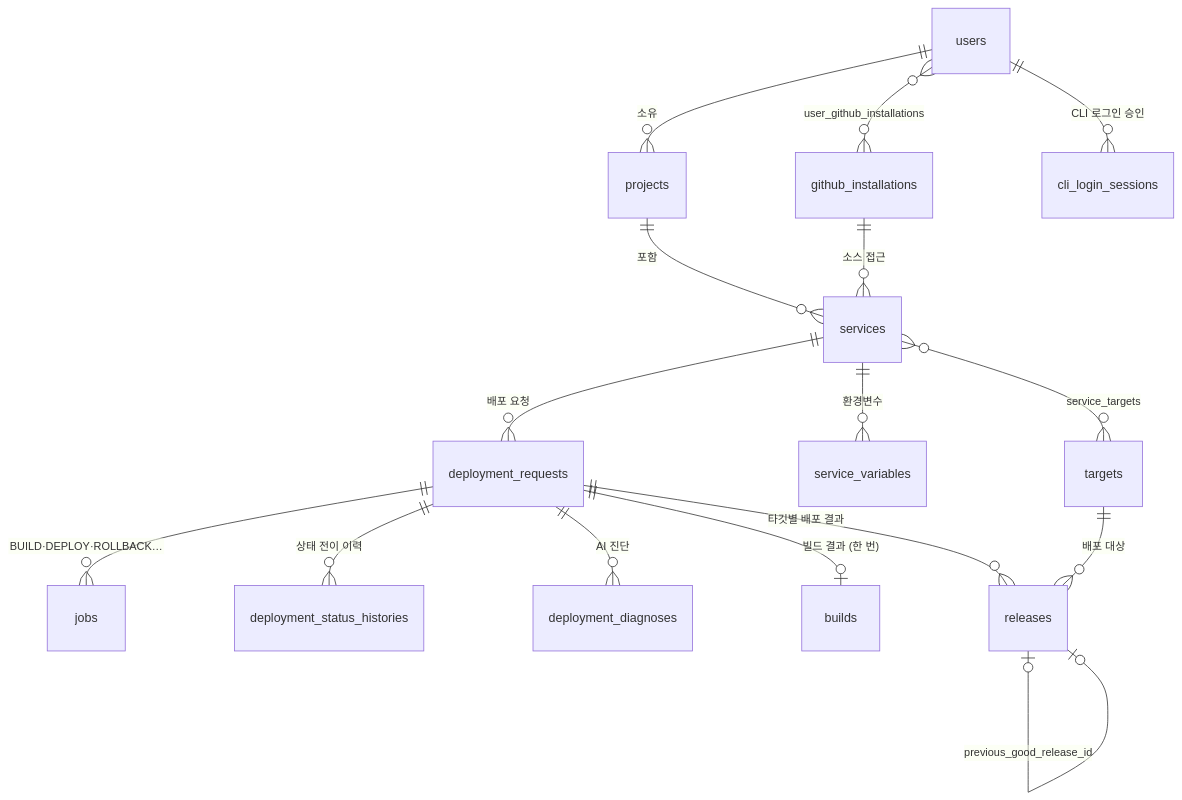
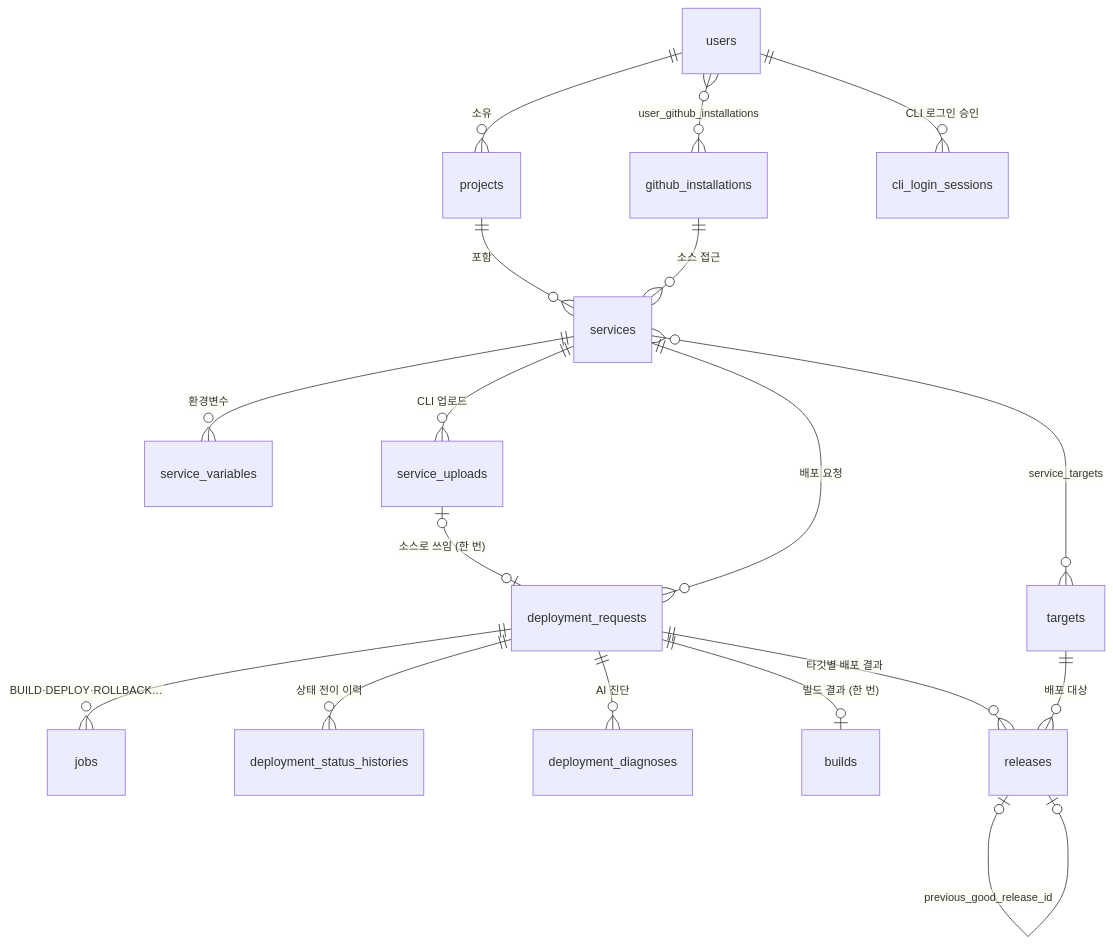
Before and after one commit to 2026-softbank-1/iris-was: the diagram in .claude/rules/term-dictionary.md, drawn with Mermaid. The commit also changed other lines of this file and 7 other files, not shown here.

````diff
--- a/.claude/rules/term-dictionary.md
+++ b/.claude/rules/term-dictionary.md
@@ -46,18 +46,20 @@
 ```mermaid
 erDiagram
   users ||--o{ projects : "소유"
   users }o--o{ github_installations : "user_github_installations"
   users ||--o{ cli_login_sessions : "CLI 로그인 승인"
   projects ||--o{ services : "포함"
   github_installations ||--o{ services : "소스 접근"
   services }o--o{ targets : "service_targets"
   services ||--o{ service_variables : "환경변수"
+  services ||--o{ service_uploads : "CLI 업로드"
+  service_uploads |o--o| deployment_requests : "소스로 쓰임 (한 번)"
   services ||--o{ deployment_requests : "배포 요청"
   deployment_requests ||--o{ jobs : "BUILD·DEPLOY·ROLLBACK…"
   deployment_requests ||--o{ deployment_status_histories : "상태 전이 이력"
   deployment_requests ||--o{ deployment_diagnoses : "AI 진단"
   deployment_requests ||--o| builds : "빌드 결과 (한 번)"
   deployment_requests ||--o{ releases : "타깃별 배포 결과"
   targets ||--o{ releases : "배포 대상"
   releases |o--o| releases : "previous_good_release_id"
 ```
````
